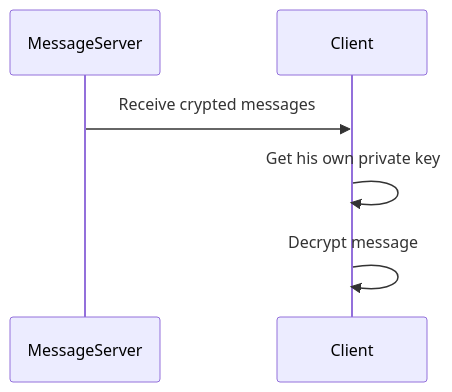
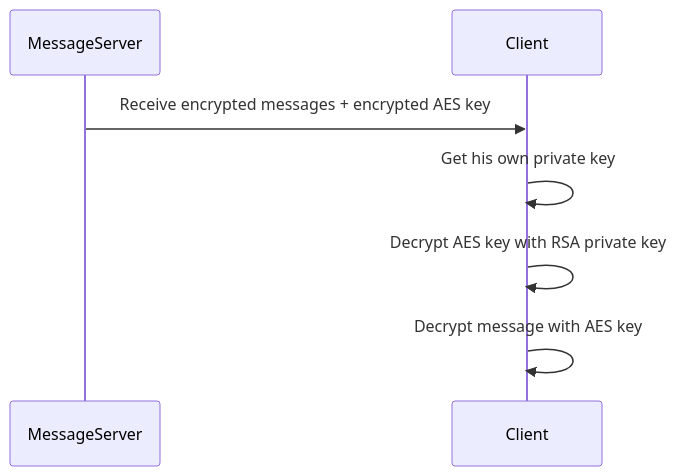
Before and after one commit to YR72dpi/SecuredWhisker: the fifth of 6 diagrams in README.md, drawn with Mermaid. The commit also changed other lines of this file, not shown here.

````diff
--- a/README.md
+++ b/README.md
@@ -211,6 +215,7 @@
 ```mermaid
 sequenceDiagram
-    MessageServer->>Client: Receive crypted messages
+    MessageServer->>Client: Receive encrypted messages + encrypted AES key
     Client->>Client: Get his own private key
-    Client->>Client: Decrypt message 
+    Client->>Client: Decrypt AES key with RSA private key
+    Client->>Client: Decrypt message with AES key
 ```
````
